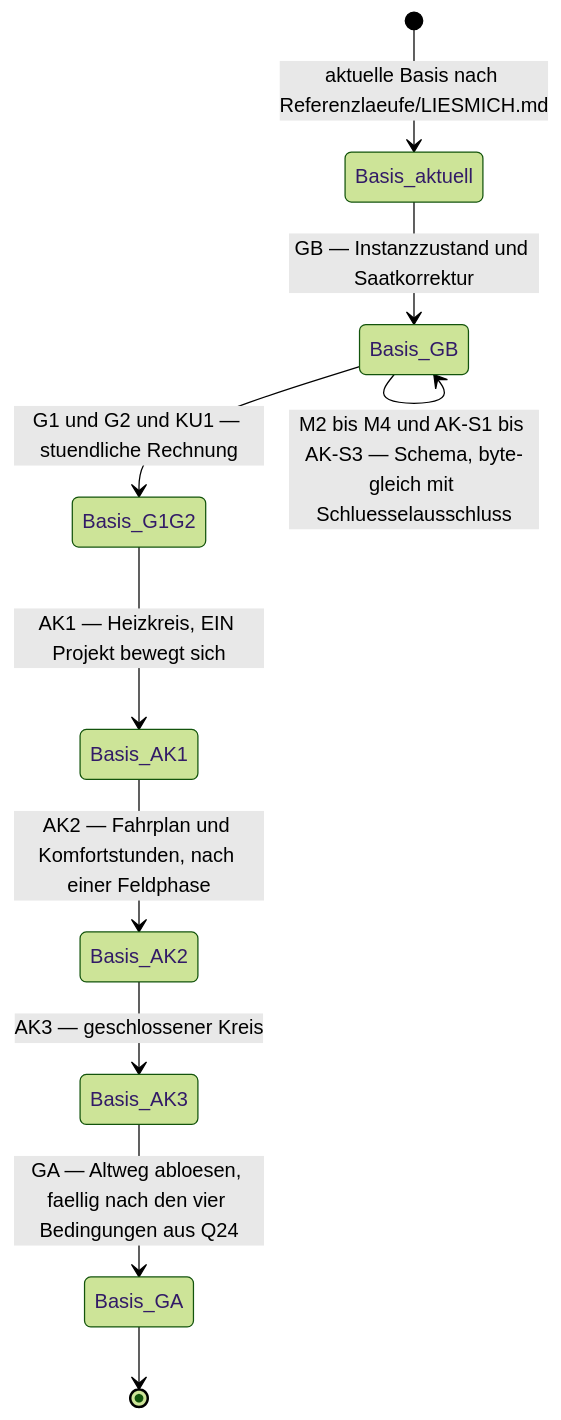
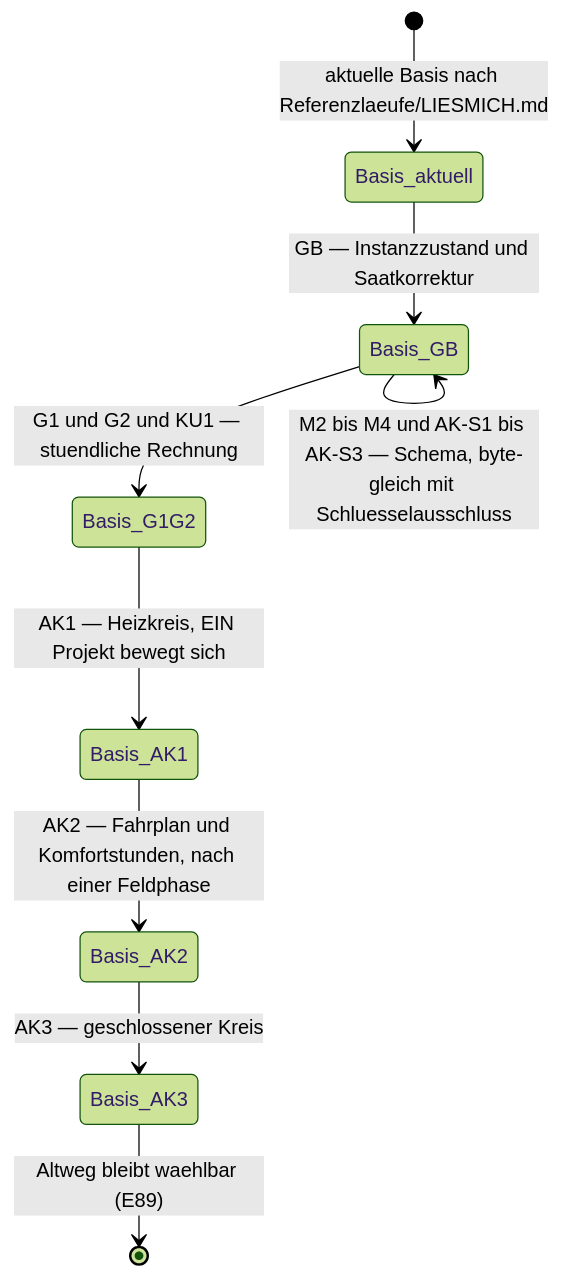
Before and after one commit to inekon/EPOS-Plan: the fourth of 4 diagrams in Dokumentation/aktuell/Konzept_Anlagenkopplung_Gebaeudesimulation_EPOS-Plan.md, drawn with Mermaid (forest theme). The commit also changed other lines of this file, not shown here.

````diff
--- a/Dokumentation/aktuell/Konzept_Anlagenkopplung_Gebaeudesimulation_EPOS-Plan.md
+++ b/Dokumentation/aktuell/Konzept_Anlagenkopplung_Gebaeudesimulation_EPOS-Plan.md
@@ -2271,12 +2269,11 @@
 ```mermaid
 stateDiagram-v2
   [*] --> Basis_aktuell : aktuelle Basis nach Referenzlaeufe/LIESMICH.md
   Basis_aktuell --> Basis_GB : GB — Instanzzustand und Saatkorrektur
   Basis_GB --> Basis_GB : M2 bis M4 und AK-S1 bis AK-S3 — Schema, byte-gleich mit Schluesselausschluss
   Basis_GB --> Basis_G1G2 : G1 und G2 und KU1 — stuendliche Rechnung
   Basis_G1G2 --> Basis_AK1 : AK1 — Heizkreis, EIN Projekt bewegt sich
   Basis_AK1 --> Basis_AK2 : AK2 — Fahrplan und Komfortstunden, nach einer Feldphase
   Basis_AK2 --> Basis_AK3 : AK3 — geschlossener Kreis
-  Basis_AK3 --> Basis_GA : GA — Altweg abloesen, faellig nach den vier Bedingungen aus Q24
-  Basis_GA --> [*]
+  Basis_AK3 --> [*] : Altweg bleibt waehlbar (E89)
 ```
````
